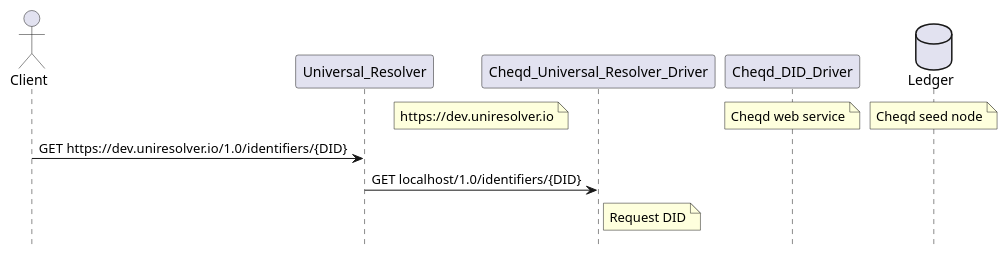
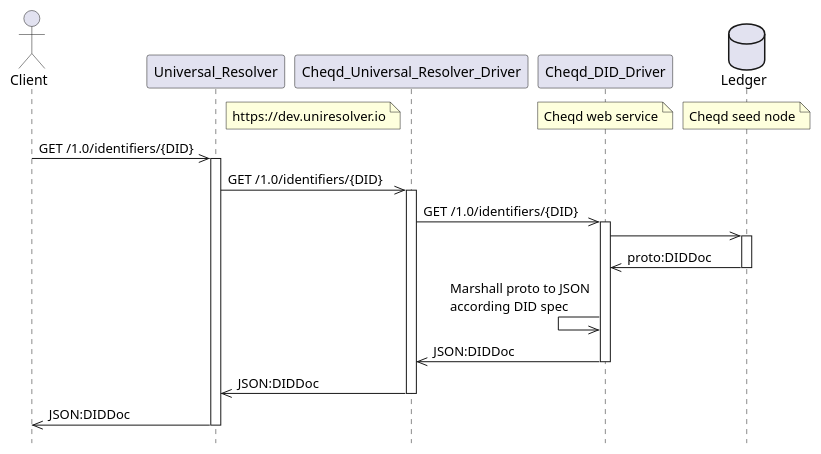
Before and after one commit to cheqd/cheqd-node: the diagram in architecture/adr-list/assets/adr-010-DID-resolver-diagram.puml, drawn with PlantUML. The commit also changed 1 other file, not shown here.

Commit message:
DEV-1061: Update uml diagram for DID resolver

```diff
--- a/architecture/adr-list/assets/adr-010-DID-resolver-diagram.puml
+++ b/architecture/adr-list/assets/adr-010-DID-resolver-diagram.puml
@@ -1,36 +1,54 @@
 @startuml
 !pragma teoz true
 hide footbox
 
 actor Client
 participant Universal_Resolver
 participant Cheqd_Universal_Resolver_Driver
 participant Cheqd_DID_Driver
 database Ledger
 
 
 note over Universal_Resolver, Cheqd_Universal_Resolver_Driver
     https://dev.uniresolver.io
 end note
 
 / note over Cheqd_DID_Driver
     Cheqd web service
 end note
 
 / note over Ledger
     Cheqd seed node
 end note
 
 
 
-Client -> Universal_Resolver: GET https://dev.uniresolver.io/1.0/identifiers/{DID}
-Universal_Resolver -> Cheqd_Universal_Resolver_Driver: GET localhost/1.0/identifiers/{DID}
+Client ->>  Universal_Resolver: GET /1.0/identifiers/{DID}
+Activate Universal_Resolver
+Universal_Resolver ->> Cheqd_Universal_Resolver_Driver: GET /1.0/identifiers/{DID}
+
+Activate Cheqd_Universal_Resolver_Driver
+Cheqd_Universal_Resolver_Driver ->> Cheqd_DID_Driver: GET /1.0/identifiers/{DID}
+
+Activate Cheqd_DID_Driver
+Cheqd_DID_Driver ->> Ledger
+
+Activate Ledger
+Cheqd_DID_Driver <<- Ledger: proto:DIDDoc
+
+Deactivate Ledger
+Cheqd_DID_Driver <<- Cheqd_DID_Driver: Marshall proto to JSON \naccording DID spec
+
+Cheqd_Universal_Resolver_Driver <<- Cheqd_DID_Driver: JSON:DIDDoc
+Deactivate Cheqd_DID_Driver
 
 
+Deactivate Ledger
+Universal_Resolver <<- Cheqd_Universal_Resolver_Driver: JSON:DIDDoc
+Deactivate Cheqd_Universal_Resolver_Driver
 
-note right Cheqd_Universal_Resolver_Driver
-    Request DID
-end note
+Client <<- Universal_Resolver: JSON:DIDDoc
+Deactivate Universal_Resolver
 
 
 @enduml
```
